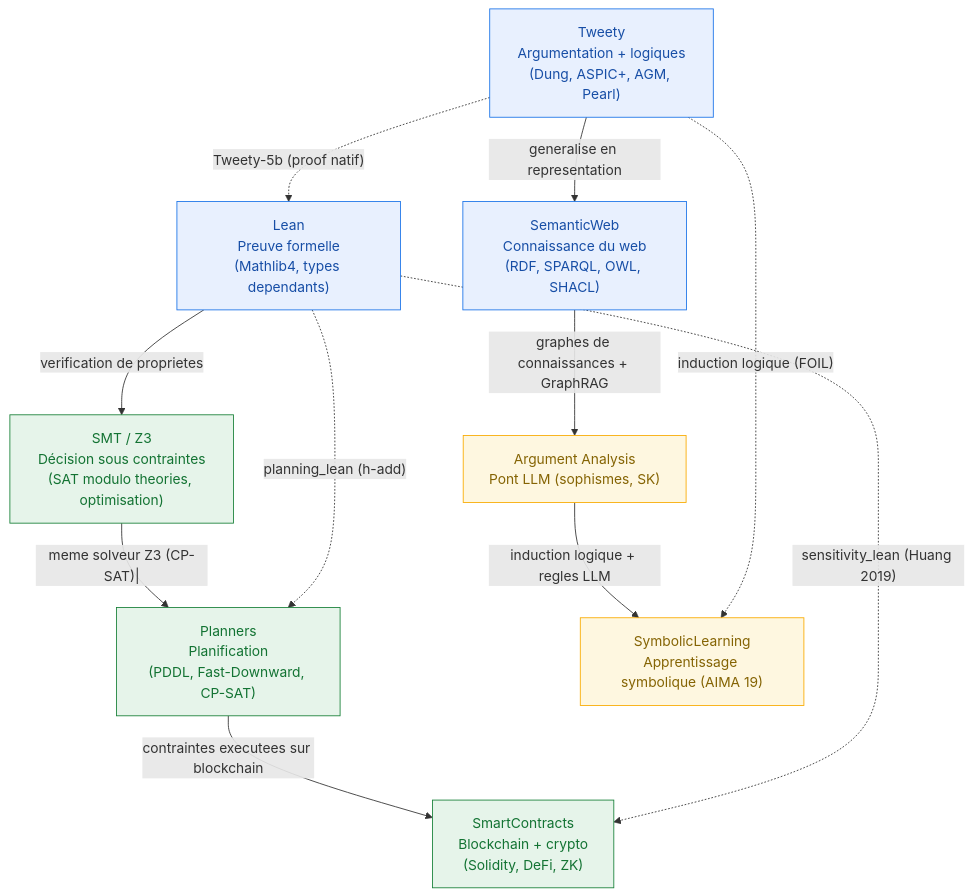
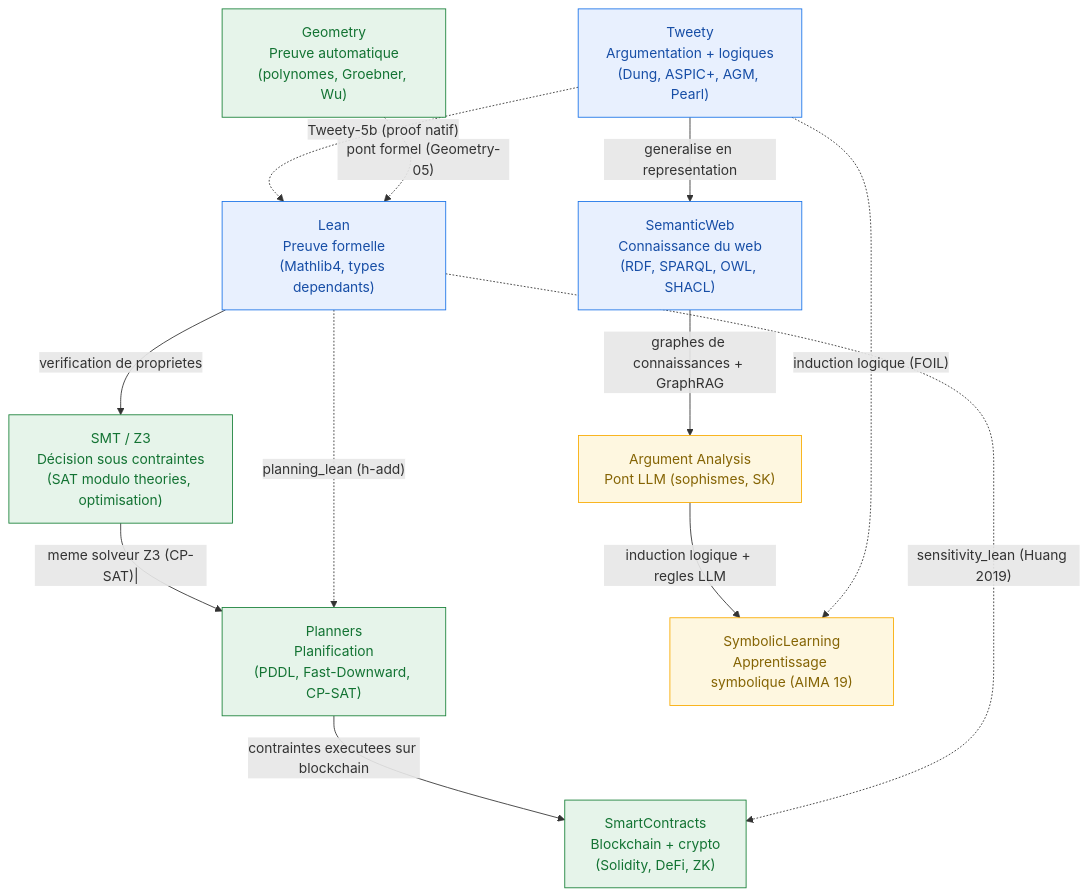
The diagram in MyIA.AI.Notebooks/SymbolicAI/README.md (jsboige/CoursIA), drawn with Mermaid before and after one commit. The commit also changed other lines of this file and 2 other files, not shown here.

First line of the commit message:
feat(geometry,#17544): notebook 01 - de la figure a l'equation + README de serie + entree SymbolicAI

````diff
--- a/MyIA.AI.Notebooks/SymbolicAI/README.md
+++ b/MyIA.AI.Notebooks/SymbolicAI/README.md
@@ -24,33 +24,35 @@
 ```mermaid
 flowchart TD
     TW["Tweety<br/>Argumentation + logiques<br/>(Dung, ASPIC+, AGM, Pearl)"]
     SW["SemanticWeb<br/>Connaissance du web<br/>(RDF, SPARQL, OWL, SHACL)"]
     LEAN["Lean<br/>Preuve formelle<br/>(Mathlib4, types dependants)"]
     SMT["SMT / Z3<br/>Décision sous contraintes<br/>(SAT modulo theories, optimisation)"]
     PL["Planners<br/>Planification<br/>(PDDL, Fast-Downward, CP-SAT)"]
     SC["SmartContracts<br/>Blockchain + crypto<br/>(Solidity, DeFi, ZK)"]
     AA["Argument Analysis<br/>Pont LLM (sophismes, SK)"]
     SL["SymbolicLearning<br/>Apprentissage symbolique (AIMA 19)"]
+    GEO["Geometry<br/>Preuve automatique<br/>(polynomes, Groebner, Wu)"]
 
     %% Ponts conceptuels (flesches pleines = consommation / généralisation)
     TW -->|"generalise en representation"| SW
     LEAN -->|"verification de proprietes"| SMT
     SMT -->|"meme solveur Z3 (CP-SAT)|"| PL
     PL -->|"contraintes executees sur blockchain"| SC
     SW -->|"graphes de connaissances + GraphRAG"| AA
     AA -->|"induction logique + regles LLM"| SL
 
     %% Ponts par companion (flesches pointillees = notebook natif en Lean)
     TW -.->|"Tweety-5b (proof natif)"| LEAN
     LEAN -.->|"planning_lean (h-add)"| PL
     LEAN -.->|"sensitivity_lean (Huang 2019)"| SC
     TW -.->|"induction logique (FOIL)"| SL
+    GEO -.->|"pont formel (Geometry-05)"| LEAN
 
     %% color: explicite -- sans lui, libelle clair sur fond clair en mode sombre GitHub (#15022) ; ton parfois plus fonce que le stroke (le stroke en couleur de texte rendrait infer illisible) : ne pas harmoniser
     classDef found fill:#e8f0fe,stroke:#1a73e8,color:#174ea6
     classDef app fill:#e6f4ea,stroke:#188038,color:#137333
     classDef bridge fill:#fef7e0,stroke:#f9ab00,color:#856404
     class TW,SW,LEAN found
-    class SMT,PL,SC app
+    class SMT,PL,SC,GEO app
     class AA,SL bridge
 ```
````
